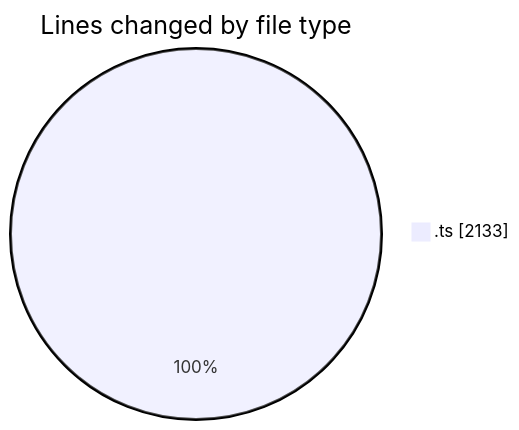
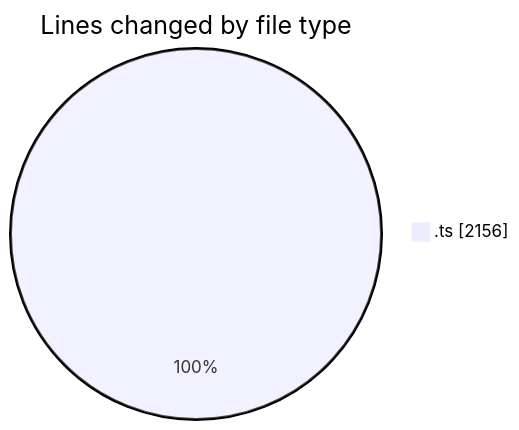
One commit to momahboobian/code-tracking changed the first of 2 diagrams in 2025-10-23/cda/README.md. Above: the diagram before and after it, drawn with Mermaid. The commit also changed other lines of this file and 1 other file, not shown here.

````diff
--- a/2025-10-23/cda/README.md
+++ b/2025-10-23/cda/README.md
@@ -23,5 +23,5 @@
 ```mermaid
 pie showData
 title Lines changed by file type
-".ts" : 2133
+".ts" : 2156
 ```
````
